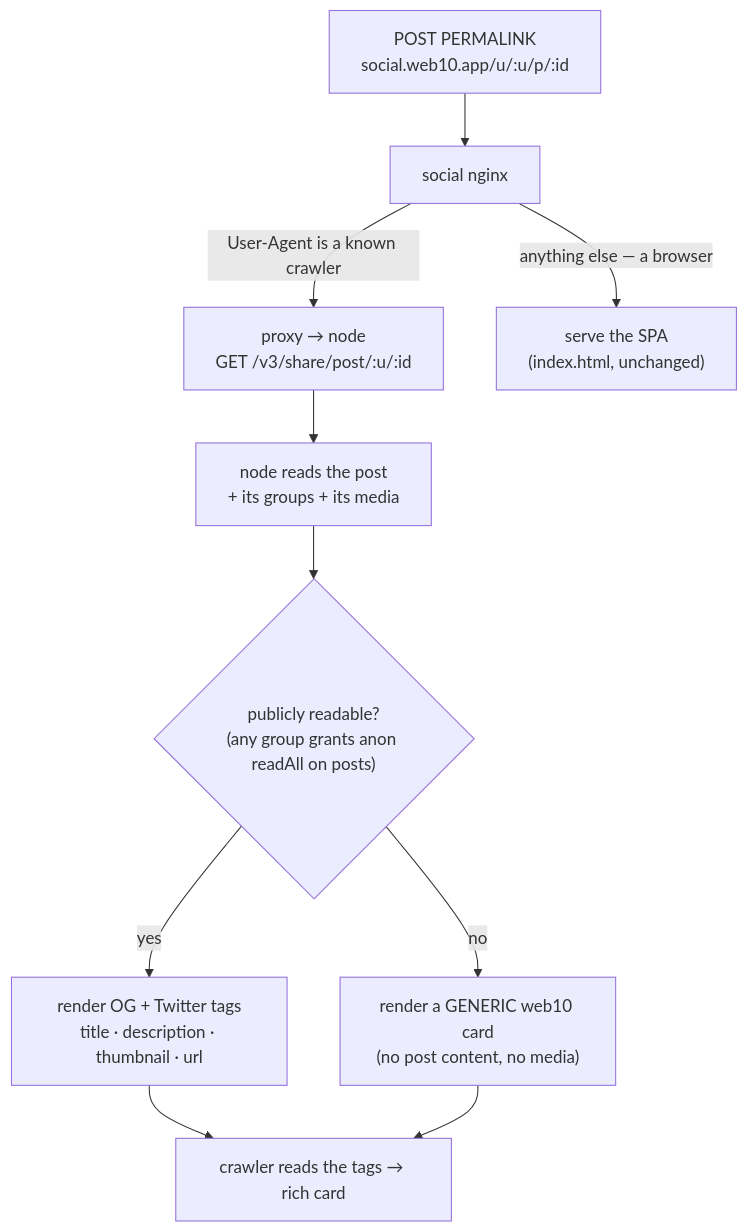
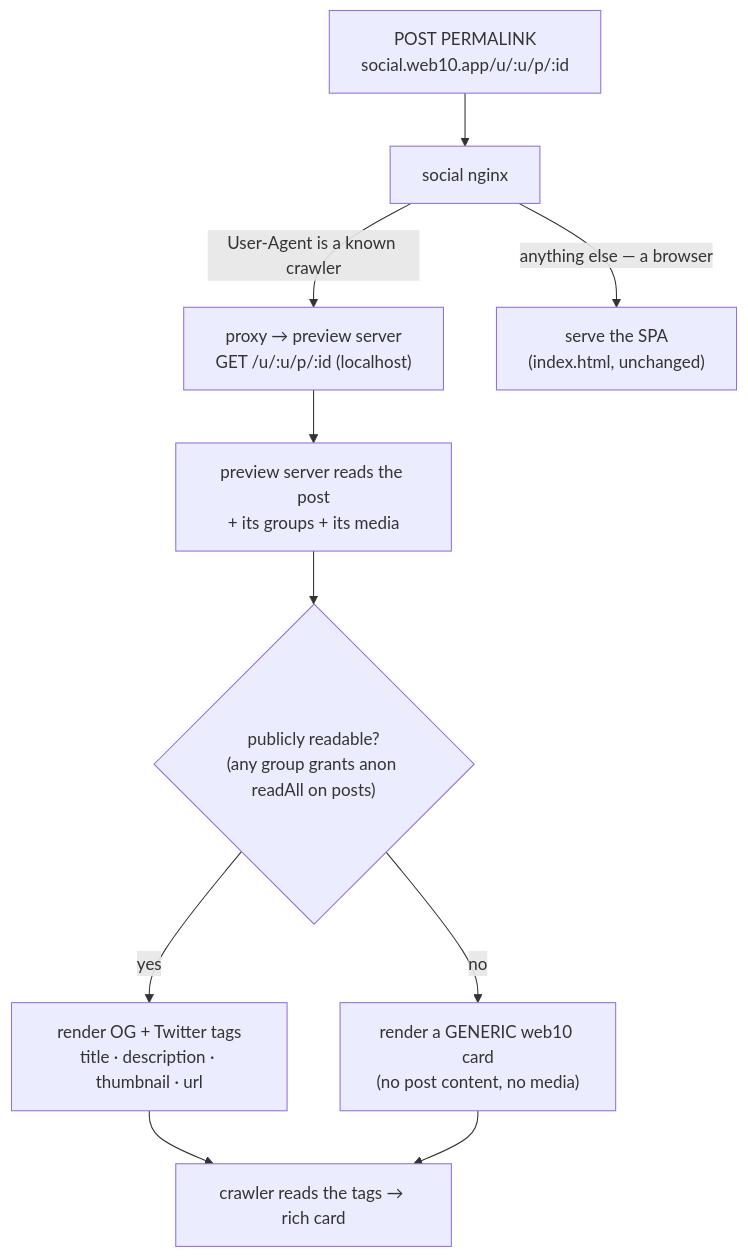
One commit to jacoby149/web10 changed the diagram in knowledge/knowledge-base/web10-v3/social/share-preview.md. Above: the diagram before and after it, drawn with Mermaid. The commit also changed other lines of this file and 7 other files, not shown here.

First line of the commit message:
docs(kb): align seven stale KB sections with the shipped architecture (3.99.5)

````diff
--- a/knowledge/knowledge-base/web10-v3/social/share-preview.md
+++ b/knowledge/knowledge-base/web10-v3/social/share-preview.md
@@ -17,12 +17,12 @@
 ```mermaid
 flowchart TD
     L["POST PERMALINK<br/>social.web10.app/u/:u/p/:id"] --> N["social nginx"]
-    N -->|User-Agent is a known crawler| P["proxy → node<br/>GET /v3/share/post/:u/:id"]
+    N -->|User-Agent is a known crawler| P["proxy → preview server<br/>GET /u/:u/p/:id (localhost)"]
     N -->|anything else — a browser| S["serve the SPA<br/>(index.html, unchanged)"]
-    P --> R["node reads the post<br/>+ its groups + its media"]
+    P --> R["preview server reads the post<br/>+ its groups + its media"]
     R --> G{"publicly readable?<br/>(any group grants anon readAll on posts)"}
     G -->|yes| T["render OG + Twitter tags<br/>title · description · thumbnail · url"]
     G -->|no| P2["render a GENERIC web10 card<br/>(no post content, no media)"]
     T --> C["crawler reads the tags → rich card"]
     P2 --> C
 ```
````
